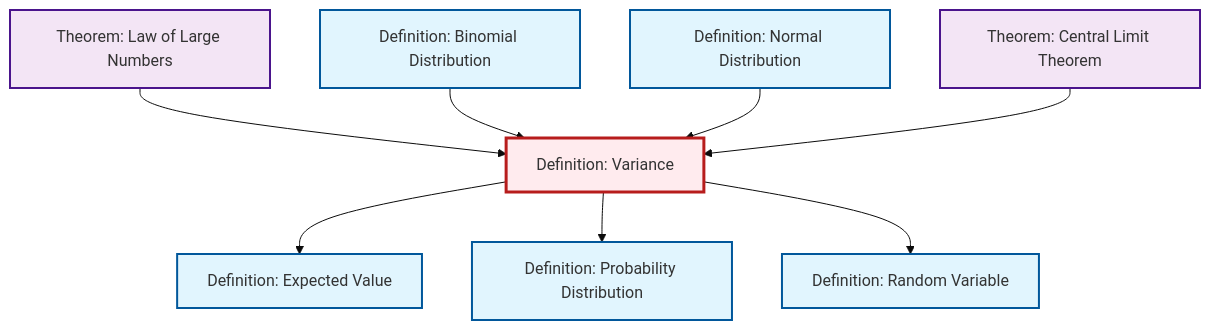
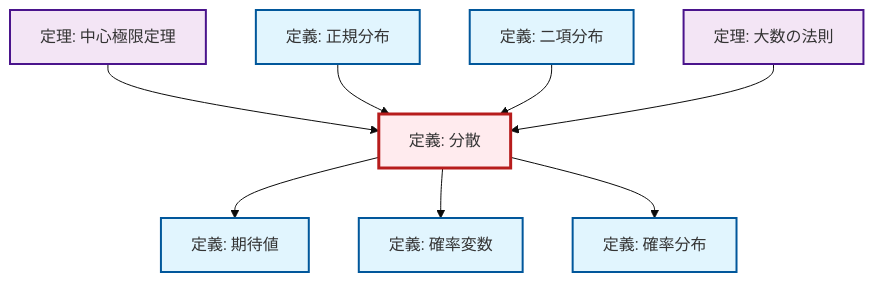
The second of 2 diagrams in content/ja/probability-statistics/def-variance.qmd (RK0429/ModernMath), drawn with Mermaid (base theme) before and after one commit. The commit also changed 1069 other files, not shown here.

````diff
--- a/content/ja/probability-statistics/def-variance.qmd
+++ b/content/ja/probability-statistics/def-variance.qmd
@@ -103,32 +103,32 @@
 ```{mermaid}
 %%| fig-cap: "Local dependency graph"
 graph TD
     classDef definition fill:#e1f5fe,stroke:#01579b,stroke-width:2px
     classDef theorem fill:#f3e5f5,stroke:#4a148c,stroke-width:2px
     classDef axiom fill:#fff3e0,stroke:#e65100,stroke-width:2px
     classDef example fill:#e8f5e9,stroke:#1b5e20,stroke-width:2px
     classDef current fill:#ffebee,stroke:#b71c1c,stroke-width:3px
-    def-expectation["Definition: Expected Value"]:::definition
-    def-binomial-distribution["Definition: Binomial Distribution"]:::definition
-    thm-law-of-large-numbers["Theorem: Law of Large Numbers"]:::theorem
-    def-variance["Definition: Variance"]:::definition
-    def-probability-distribution["Definition: Probability Distribution"]:::definition
-    def-normal-distribution["Definition: Normal Distribution"]:::definition
-    def-random-variable["Definition: Random Variable"]:::definition
-    thm-central-limit["Theorem: Central Limit Theorem"]:::theorem
+    def-expectation["定義: 期待値"]:::definition
+    thm-central-limit["定理: 中心極限定理"]:::theorem
+    def-binomial-distribution["定義: 二項分布"]:::definition
+    def-random-variable["定義: 確率変数"]:::definition
+    def-variance["定義: 分散"]:::definition
+    thm-law-of-large-numbers["定理: 大数の法則"]:::theorem
+    def-probability-distribution["定義: 確率分布"]:::definition
+    def-normal-distribution["定義: 正規分布"]:::definition
     def-variance --> def-expectation
-    thm-law-of-large-numbers --> def-variance
-    def-binomial-distribution --> def-variance
-    def-variance --> def-probability-distribution
-    def-normal-distribution --> def-variance
     thm-central-limit --> def-variance
     def-variance --> def-random-variable
+    def-normal-distribution --> def-variance
+    def-binomial-distribution --> def-variance
+    thm-law-of-large-numbers --> def-variance
+    def-variance --> def-probability-distribution
     class def-variance current
-    click def-expectation "def-expectation.html" "Definition: Expected Valueへ"
-    click def-binomial-distribution "def-binomial-distribution.html" "Definition: Binomial Distributionへ"
-    click thm-law-of-large-numbers "thm-law-of-large-numbers.html" "Theorem: Law of Large Numbersへ"
-    click def-probability-distribution "def-probability-distribution.html" "Definition: Probability Distributionへ"
-    click def-normal-distribution "def-normal-distribution.html" "Definition: Normal Distributionへ"
-    click def-random-variable "def-random-variable.html" "Definition: Random Variableへ"
-    click thm-central-limit "thm-central-limit.html" "Theorem: Central Limit Theoremへ"
+    click def-expectation "def-expectation.html" "期待値の定義へ"
+    click thm-central-limit "thm-central-limit.html" "中心極限定理の定理へ"
+    click def-binomial-distribution "def-binomial-distribution.html" "二項分布の定義へ"
+    click def-random-variable "def-random-variable.html" "確率変数の定義へ"
+    click thm-law-of-large-numbers "thm-law-of-large-numbers.html" "大数の法則の定理へ"
+    click def-probability-distribution "def-probability-distribution.html" "確率分布の定義へ"
+    click def-normal-distribution "def-normal-distribution.html" "正規分布の定義へ"
 ```
````
